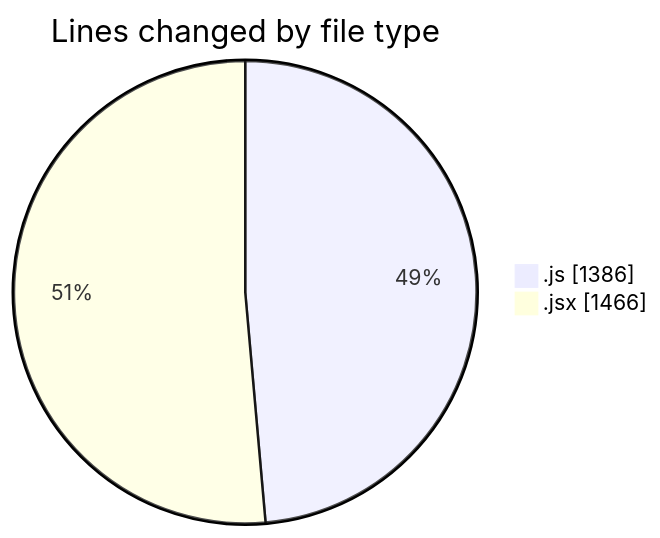
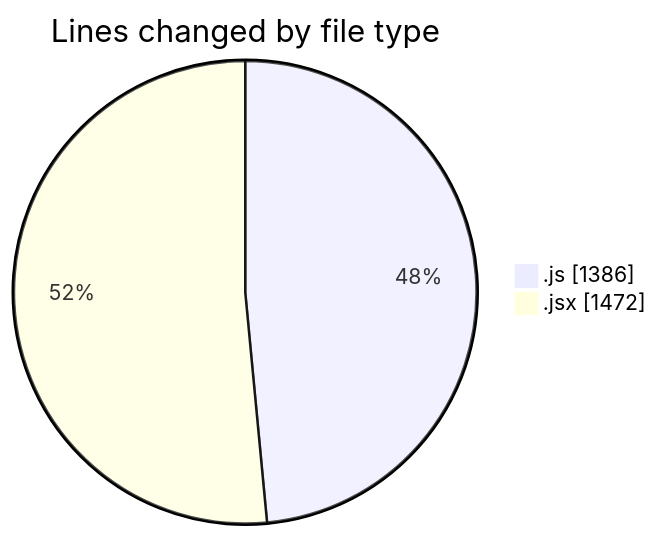
One commit to nxtqubesakshisongat/code-tracking changed the first of 2 diagrams in 2025-07-29/nxtqube_webapp/README.md. Above: the diagram before and after it, drawn with Mermaid. The commit also changed other lines of this file and 1 other file, not shown here.

````diff
--- a/2025-07-29/nxtqube_webapp/README.md
+++ b/2025-07-29/nxtqube_webapp/README.md
@@ -27,6 +27,6 @@
 ```mermaid
 pie showData
 title Lines changed by file type
 ".js" : 1386
-".jsx" : 1466
+".jsx" : 1472
 ```
````
